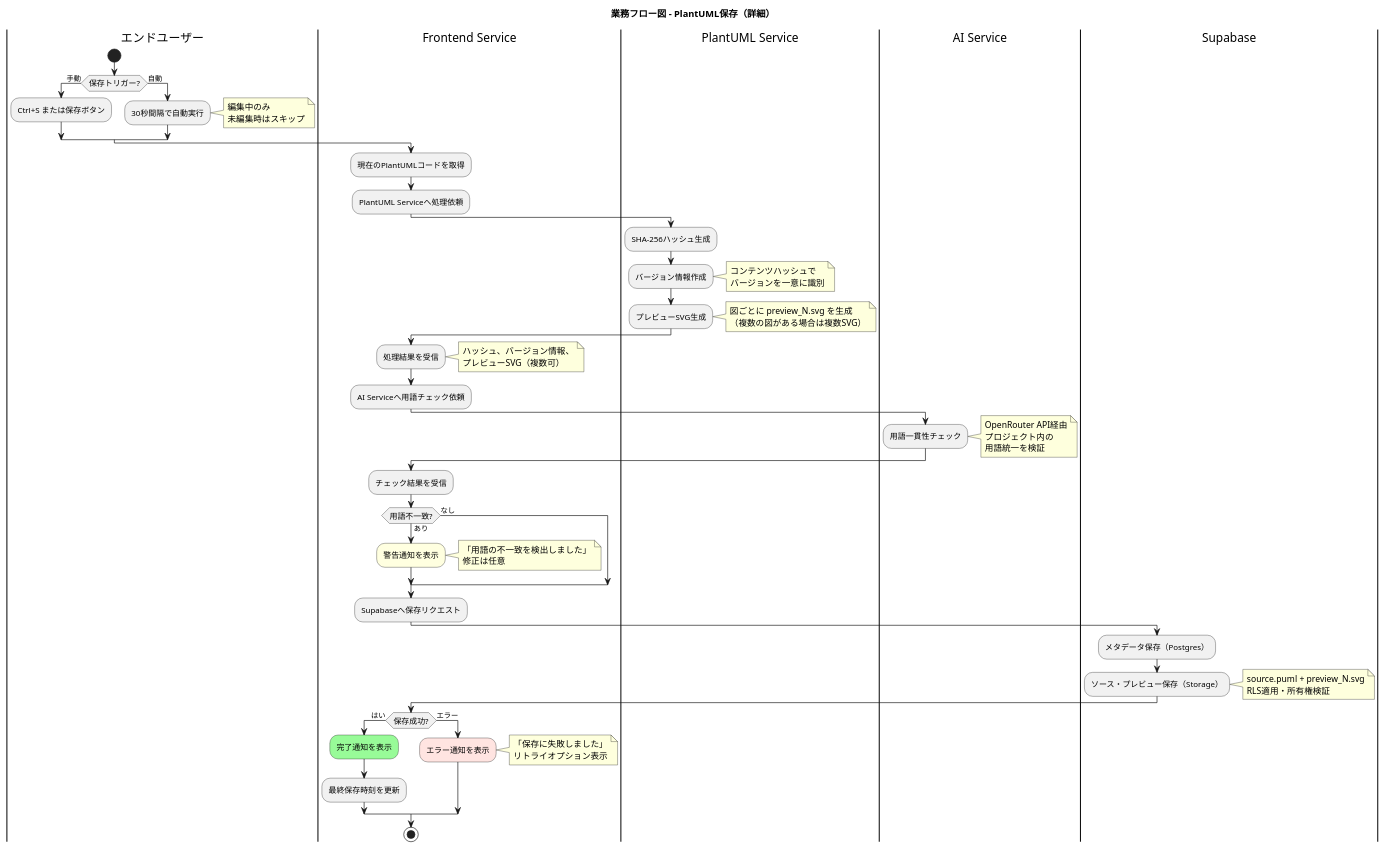
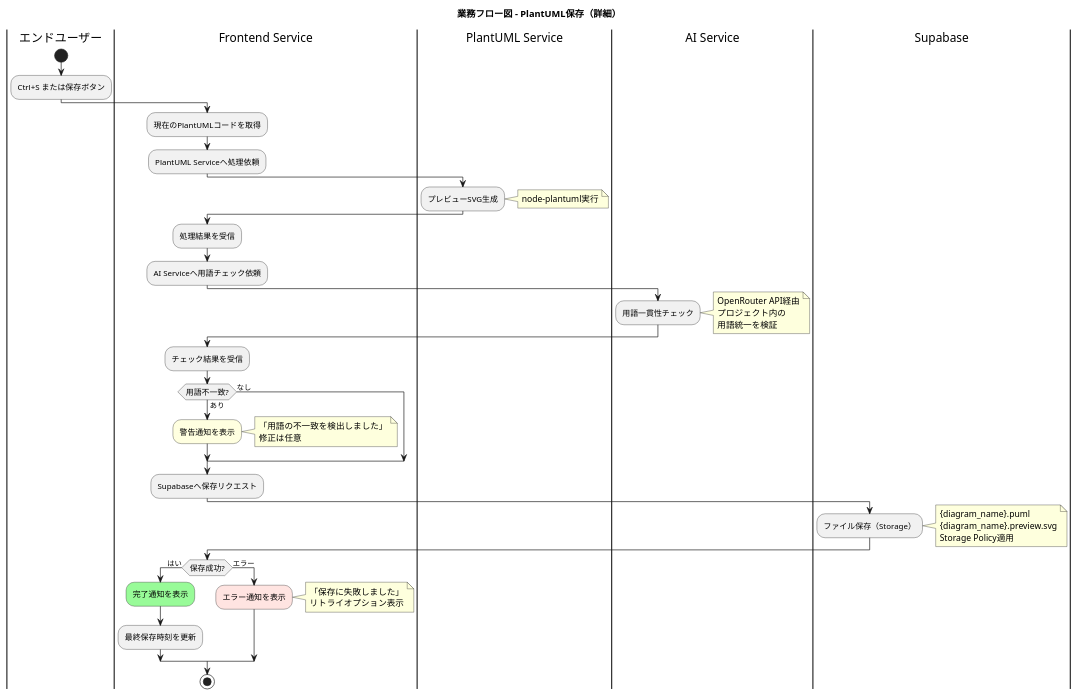
Diagram 12 of 19 in docs/proposals/PlantUML_Studio_業務フロー図_20251201.md (yoshiwo3/PlantUML2_Opus4.5), drawn with PlantUML before and after one commit. The commit also changed other lines of this file and 14 other files, not shown here.

```diff
--- a/docs/proposals/PlantUML_Studio_業務フロー図_20251201.md
+++ b/docs/proposals/PlantUML_Studio_業務フロー図_20251201.md
@@ -1154,39 +1165,20 @@
 
 |エンドユーザー|
 start
-if (保存トリガー?) then (手動)
-  :Ctrl+S または保存ボタン;
-else (自動)
-  :30秒間隔で自動実行;
-  note right
-    編集中のみ
-    未編集時はスキップ
-  end note
-endif
+:Ctrl+S または保存ボタン;
 
 |Frontend Service|
 :現在のPlantUMLコードを取得;
 :PlantUML Serviceへ処理依頼;
 
 |PlantUML Service|
-:SHA-256ハッシュ生成;
-:バージョン情報作成;
-note right
-  コンテンツハッシュで
-  バージョンを一意に識別
-end note
 :プレビューSVG生成;
 note right
-  図ごとに preview_N.svg を生成
-  （複数の図がある場合は複数SVG）
+  node-plantuml実行
 end note
 
 |Frontend Service|
 :処理結果を受信;
-note right
-  ハッシュ、バージョン情報、
-  プレビューSVG（複数可）
-end note
 :AI Serviceへ用語チェック依頼;
 
 |AI Service|
@@ -1210,11 +1202,11 @@
 :Supabaseへ保存リクエスト;
 
 |Supabase|
-:メタデータ保存（Postgres）;
-:ソース・プレビュー保存（Storage）;
+:ファイル保存（Storage）;
 note right
-  source.puml + preview_N.svg
-  RLS適用・所有権検証
+  {diagram_name}.puml
+  {diagram_name}.preview.svg
+  Storage Policy適用
 end note
 
 |Frontend Service|
```
